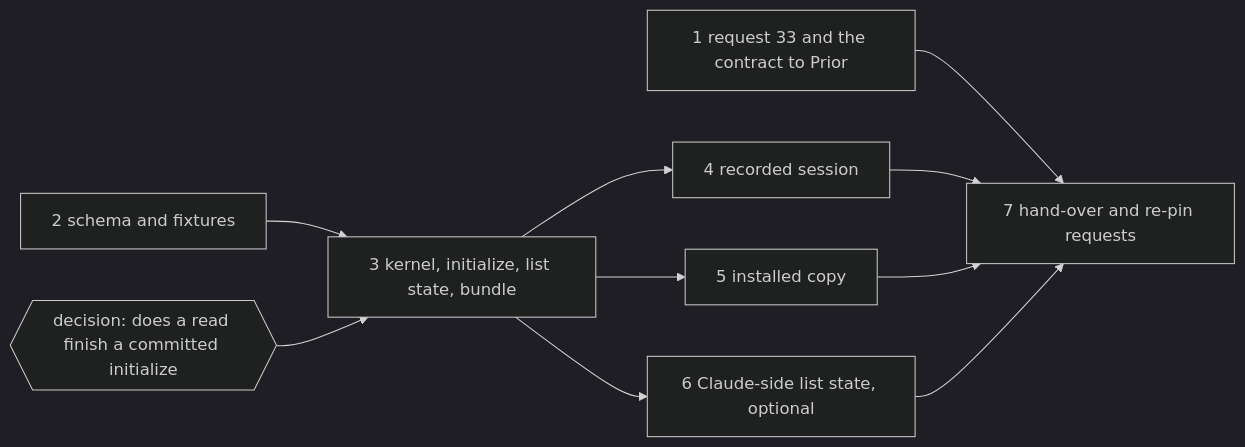
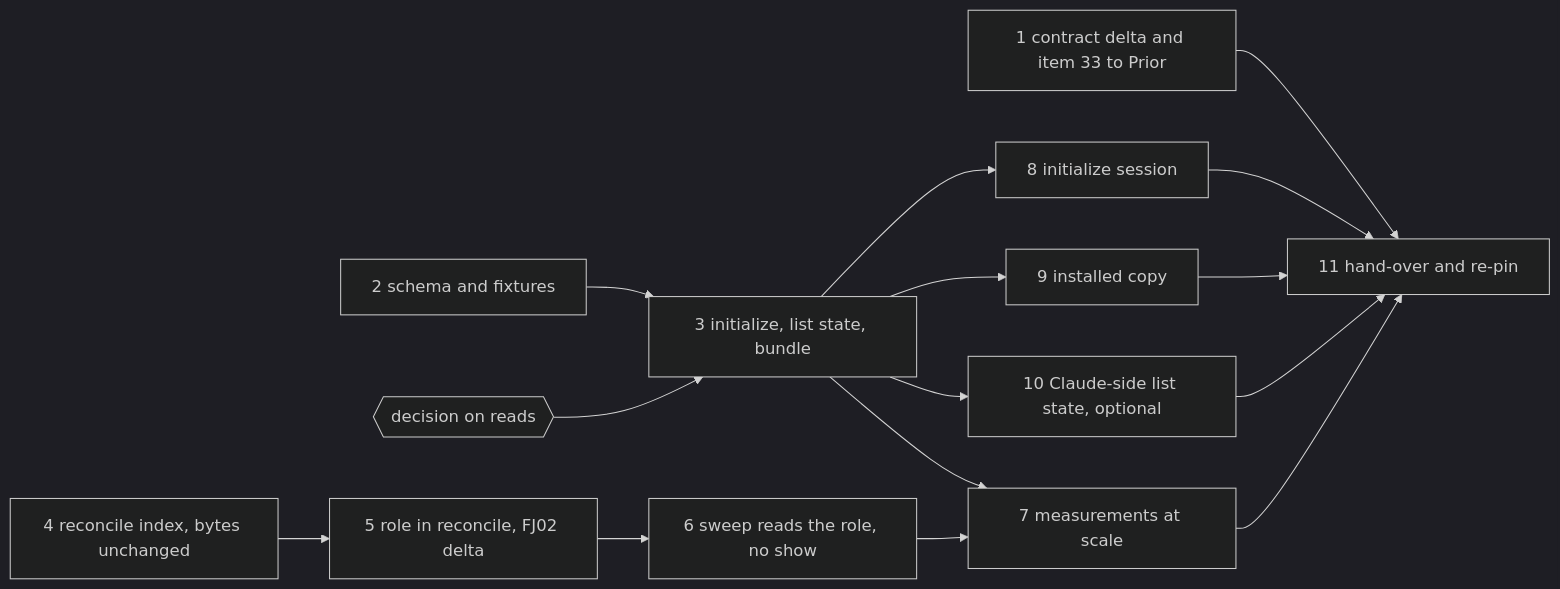
One commit to tenzoki/fusion changed the second of 2 diagrams in fusion-workbench/work-packages/260928-1338-json-control-data-and-markdown-artefacts/plans/260930-1654_o_plan-initialize-the-codec-creates-a-new-workbench-and-list-names-its-state.md. Above: the diagram before and after it, drawn with Mermaid (dark theme). The commit also changed other lines of this file and 2 other files, not shown here.

First line of the commit message:
docs(workbench): the initialize plan carries the reconcile fix and the plan/spec role, as Prior ruled at a15dfc8

````diff
--- a/fusion-workbench/work-packages/260928-1338-json-control-data-and-markdown-artefacts/plans/260930-1654_o_plan-initialize-the-codec-creates-a-new-workbench-and-list-names-its-state.md
+++ b/fusion-workbench/work-packages/260928-1338-json-control-data-and-markdown-artefacts/plans/260930-1654_o_plan-initialize-the-codec-creates-a-new-workbench-and-list-names-its-state.md
@@ -67,12 +64,17 @@
 ```mermaid
 flowchart LR
-  S1[1 request 33 and the contract to Prior] --> S7
+  S1[1 contract delta and item 33 to Prior] --> S11
   S2[2 schema and fixtures] --> S3
-  DR{{decision: does a read finish a committed initialize}} --> S3
-  S3[3 kernel, initialize, list state, bundle] --> S4[4 recorded session]
-  S3 --> S5[5 installed copy]
-  S3 --> S6[6 Claude-side list state, optional]
-  S4 --> S7[7 hand-over and re-pin requests]
-  S5 --> S7
+  DR{{decision on reads}} --> S3
+  S3[3 initialize, list state, bundle] --> S8[8 initialize session]
+  S3 --> S9[9 installed copy]
+  S3 --> S10[10 Claude-side list state, optional]
+  S4[4 reconcile index, bytes unchanged] --> S5[5 role in reconcile, FJ02 delta]
+  S5 --> S6[6 sweep reads the role, no show]
+  S3 --> S7[7 measurements at scale]
   S6 --> S7
+  S7 --> S11[11 hand-over and re-pin]
+  S8 --> S11
+  S9 --> S11
+  S10 --> S11
 ```
````
